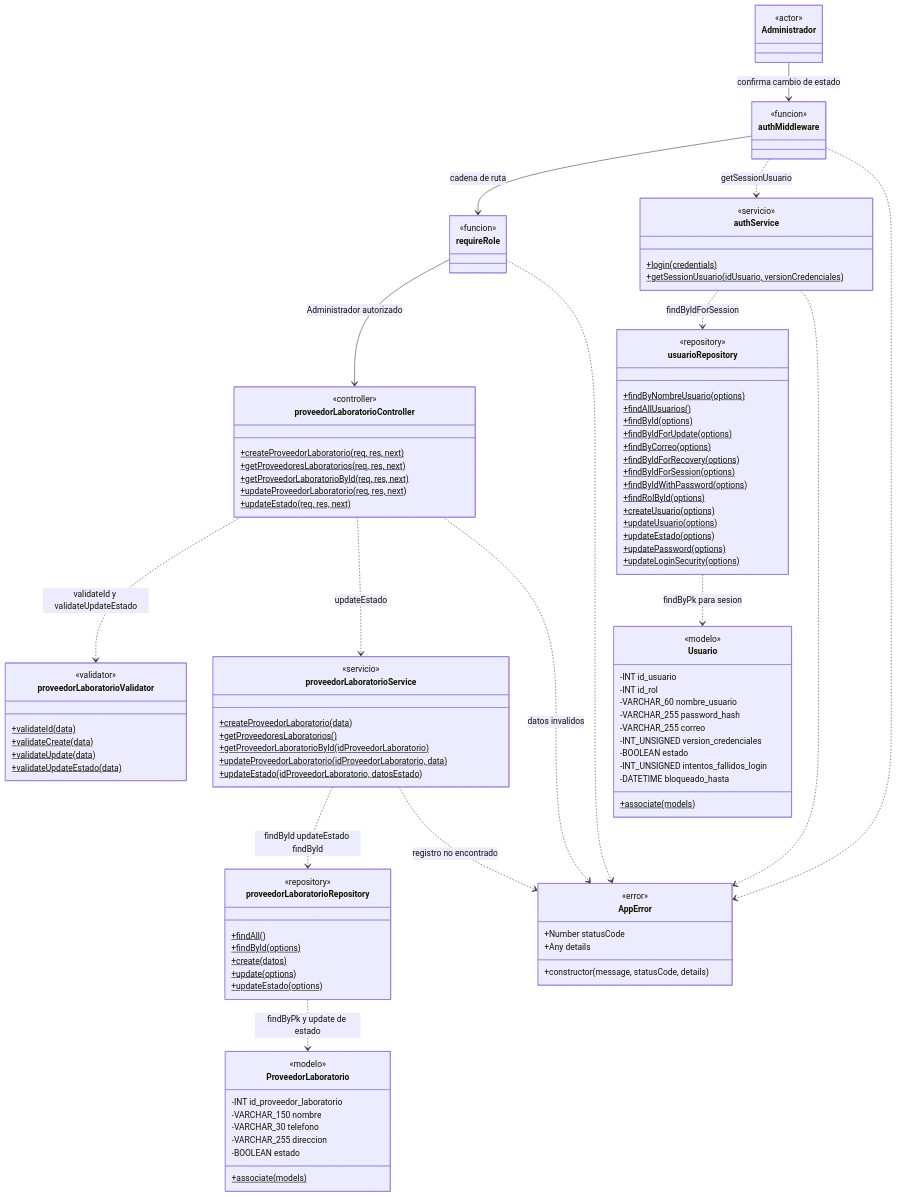
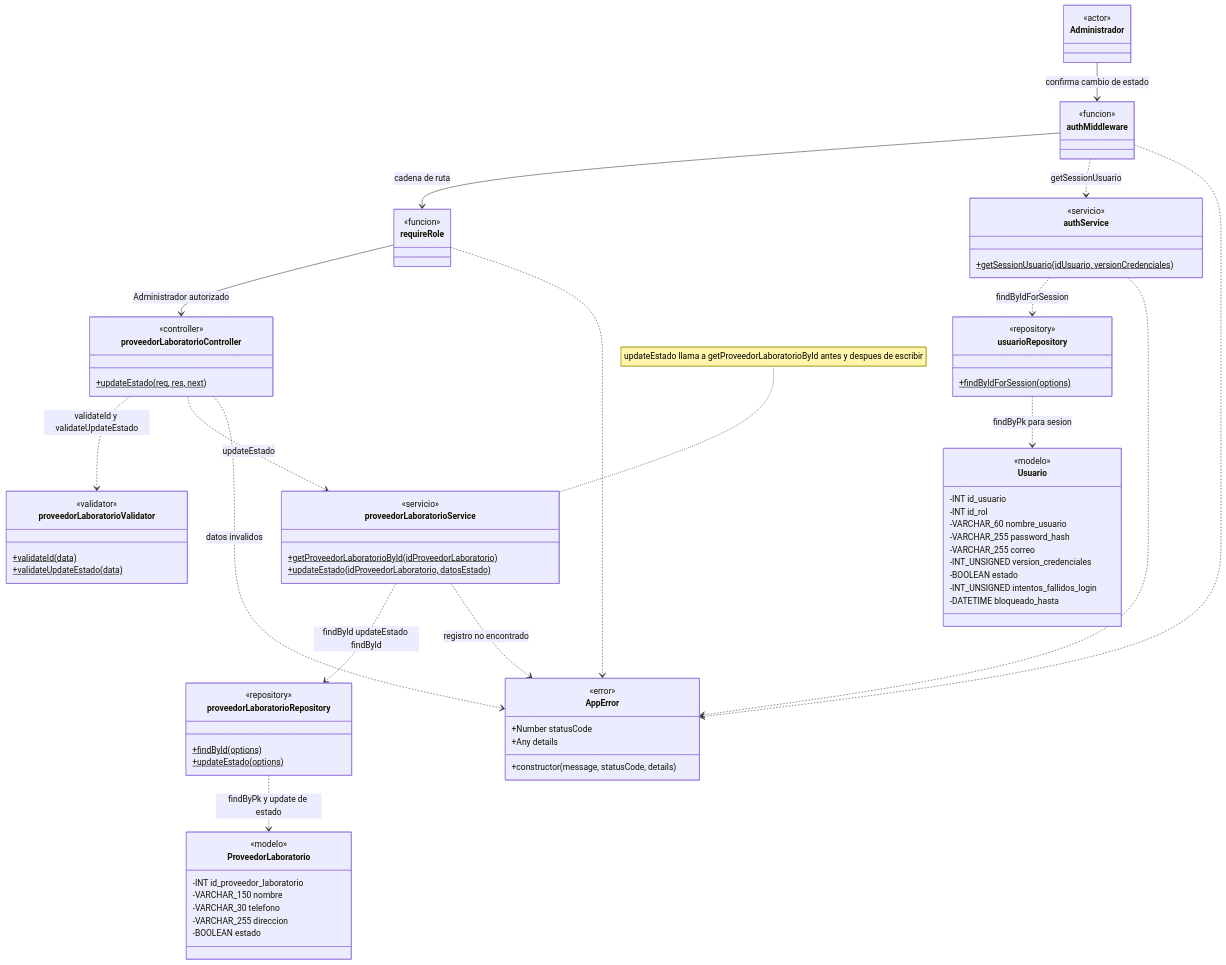
Diagram 14 of 34 in docs/ai/analisis-clase.md (CreepyBowDev/cadefar-inventory-system), drawn with Mermaid before and after one commit. The commit also changed other lines of this file, not shown here.

````diff
--- a/docs/ai/analisis-clase.md
+++ b/docs/ai/analisis-clase.md
@@ -1829,33 +1590,21 @@
     class requireRole { <<funcion>> }
     class proveedorLaboratorioController {
         <<controller>>
-        +createProveedorLaboratorio(req, res, next)$
-        +getProveedoresLaboratorios(req, res, next)$
-        +getProveedorLaboratorioById(req, res, next)$
-        +updateProveedorLaboratorio(req, res, next)$
         +updateEstado(req, res, next)$
     }
     class proveedorLaboratorioValidator {
         <<validator>>
         +validateId(data)$
-        +validateCreate(data)$
-        +validateUpdate(data)$
         +validateUpdateEstado(data)$
     }
     class proveedorLaboratorioService {
         <<servicio>>
-        +createProveedorLaboratorio(data)$
-        +getProveedoresLaboratorios()$
         +getProveedorLaboratorioById(idProveedorLaboratorio)$
-        +updateProveedorLaboratorio(idProveedorLaboratorio, data)$
         +updateEstado(idProveedorLaboratorio, datosEstado)$
     }
     class proveedorLaboratorioRepository {
         <<repository>>
-        +findAll()$
         +findById(options)$
-        +create(datos)$
-        +update(options)$
         +updateEstado(options)$
     }
     class ProveedorLaboratorio {
@@ -1865,29 +1614,14 @@
         -VARCHAR_30 telefono
         -VARCHAR_255 direccion
         -BOOLEAN estado
-        +associate(models)$
     }
     class authService {
         <<servicio>>
-        +login(credentials)$
         +getSessionUsuario(idUsuario, versionCredenciales)$
     }
     class usuarioRepository {
         <<repository>>
-        +findByNombreUsuario(options)$
-        +findAllUsuarios()$
-        +findById(options)$
-        +findByIdForUpdate(options)$
-        +findByCorreo(options)$
-        +findByIdForRecovery(options)$
         +findByIdForSession(options)$
-        +findByIdWithPassword(options)$
-        +findRolById(options)$
-        +createUsuario(options)$
-        +updateUsuario(options)$
-        +updateEstado(options)$
-        +updatePassword(options)$
-        +updateLoginSecurity(options)$
     }
     class Usuario {
         <<modelo>>
@@ -1900,7 +1634,6 @@
         -BOOLEAN estado
         -INT_UNSIGNED intentos_fallidos_login
         -DATETIME bloqueado_hasta
-        +associate(models)$
     }
     class AppError {
         <<error>>
@@ -1923,4 +1656,5 @@
     proveedorLaboratorioService ..> proveedorLaboratorioRepository : findById updateEstado findById
     proveedorLaboratorioService ..> AppError : registro no encontrado
     proveedorLaboratorioRepository ..> ProveedorLaboratorio : findByPk y update de estado
+    note for proveedorLaboratorioService "updateEstado llama a getProveedorLaboratorioById antes y despues de escribir"
 ```
````
